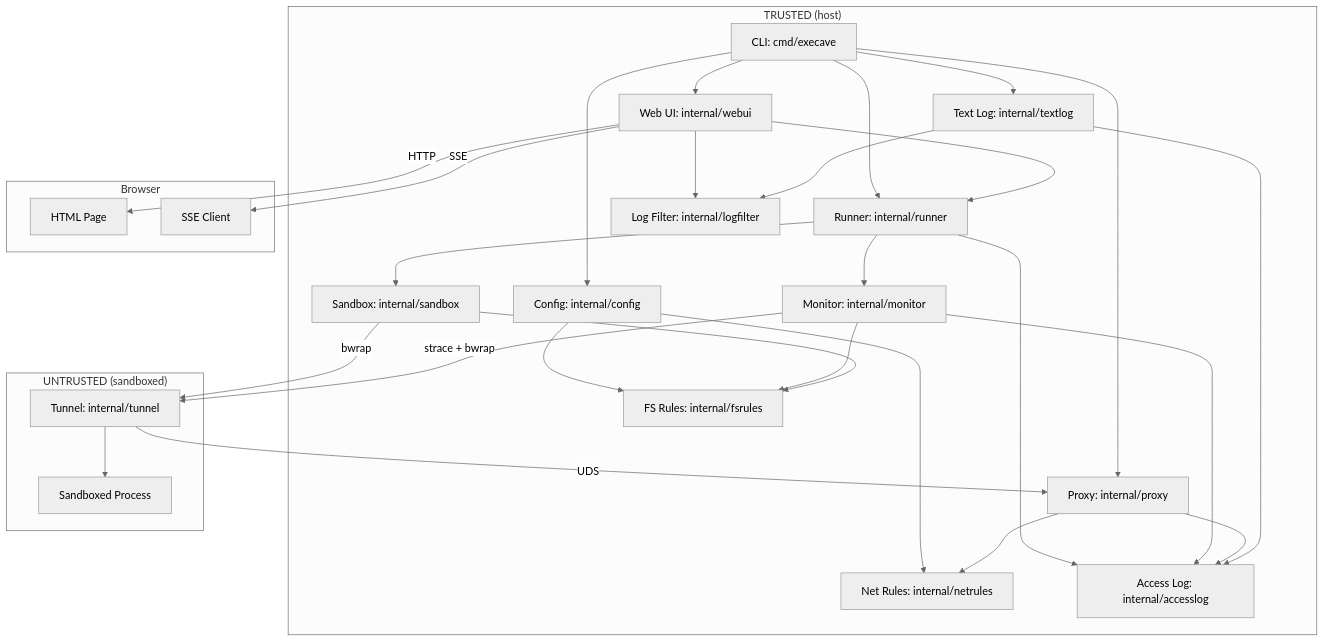
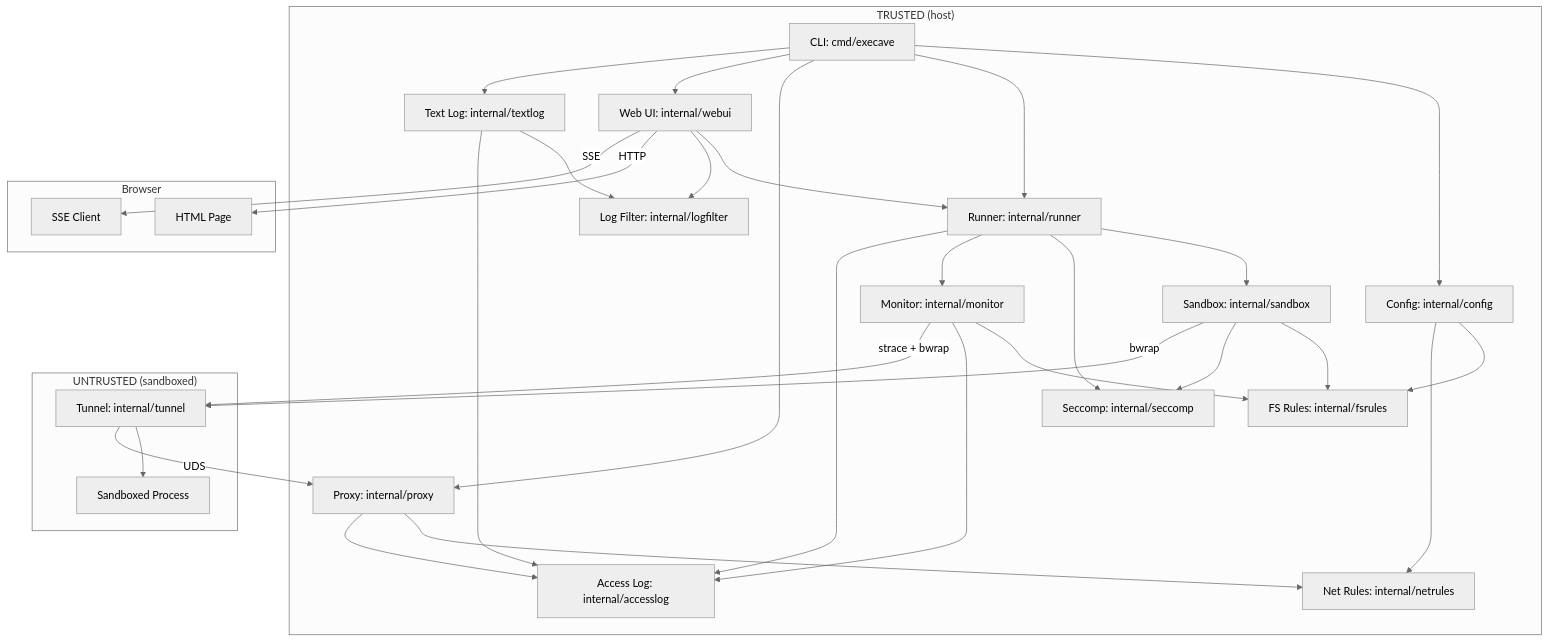
The diagram in docs/architecture.md (nonpop/execave), drawn with Mermaid (neutral theme) before and after one commit. The commit also changed other lines of this file and 57 other files, not shown here.

````diff
--- a/docs/architecture.md
+++ b/docs/architecture.md
@@ -5,53 +5,56 @@
 ```mermaid
 flowchart TB
     subgraph Trusted["TRUSTED (host)"]
         CLI[CLI: cmd/execave]
         Config[Config: internal/config]
         FSRules[FS Rules: internal/fsrules]
         NetRules[Net Rules: internal/netrules]
         AccessLog[Access Log: internal/accesslog]
         Runner[Runner: internal/runner]
         Sandbox[Sandbox: internal/sandbox]
+        Seccomp[Seccomp: internal/seccomp]
         Monitor[Monitor: internal/monitor]
         Proxy[Proxy: internal/proxy]
         LogFilter[Log Filter: internal/logfilter]
         WebUI[Web UI: internal/webui]
         TextLog[Text Log: internal/textlog]
     end
 
     subgraph Untrusted["UNTRUSTED (sandboxed)"]
         Tunnel[Tunnel: internal/tunnel]
         Process[Sandboxed Process]
     end
 
     subgraph Browser["Browser"]
         Page[HTML Page]
         SSE[SSE Client]
     end
 
     CLI --> Config
     CLI --> Runner
     Runner --> Sandbox
+    Runner --> Seccomp
     Runner --> Monitor
     Runner --> AccessLog
     CLI --> Proxy
     CLI --> WebUI
     CLI --> TextLog
     Config --> FSRules
     Config --> NetRules
     Monitor --> FSRules
     Monitor --> AccessLog
     Proxy --> NetRules
     Proxy --> AccessLog
     WebUI --> Runner
     WebUI --> LogFilter
     TextLog --> LogFilter
     TextLog --> AccessLog
     Sandbox --> FSRules
+    Sandbox --> Seccomp
     Sandbox -->|bwrap| Tunnel
     Tunnel --> Process
     Tunnel -->|UDS| Proxy
     Monitor -->|strace + bwrap| Tunnel
     WebUI -->|HTTP| Page
     WebUI -->|SSE| SSE
 ```
````
